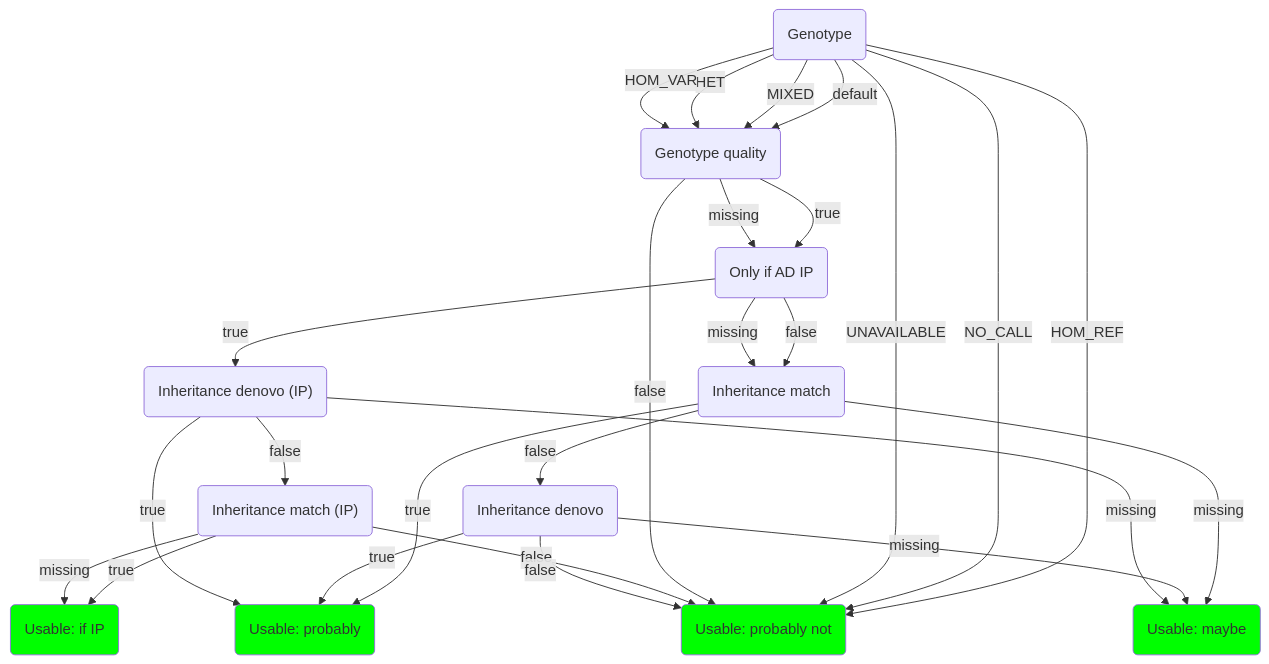
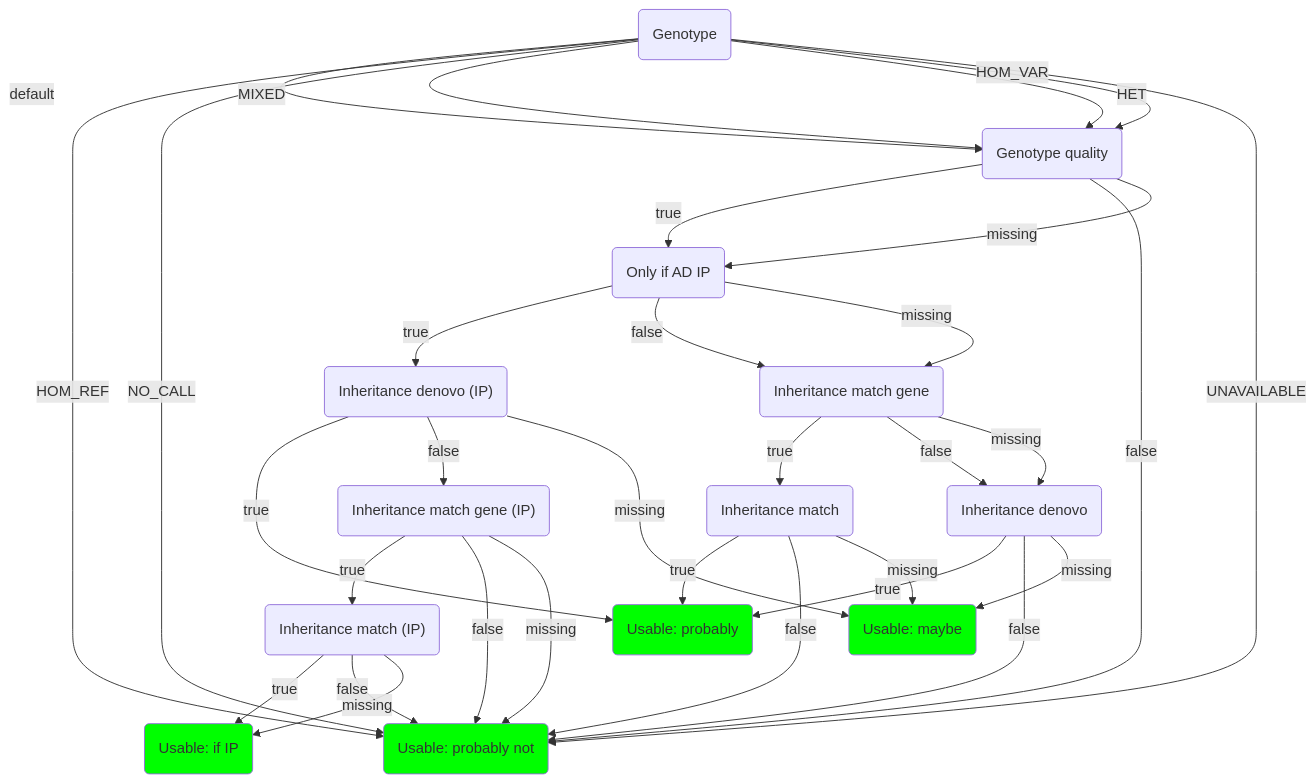
Before and after one commit to molgenis/vip: the second of 2 diagrams in docs/advanced/classification_trees.md, drawn with Mermaid. The commit also changed 2 other files, not shown here.

Commit message:
Fix inheritance match filtering (#726)
* Fix inheritance match filtering

* Multiple sample tree fixes

````diff
--- a/docs/advanced/classification_trees.md
+++ b/docs/advanced/classification_trees.md
@@ -117,43 +117,51 @@
 ```mermaid
 flowchart TD
 gt_("Genotype")
 gq_("Genotype quality")
 only_IP_("Only if AD IP")
+vig_("Inheritance match gene")
 vim_("Inheritance match")
+vig_IP_("Inheritance match gene (IP)")
 vim_IP_("Inheritance match (IP)")
 vid_("Inheritance denovo")
 vid_IP_("Inheritance denovo (IP)")
 exit_u1_("Usable: probably")
 style exit_u1_ fill:#00ff00
 exit_u2_("Usable: maybe")
 style exit_u2_ fill:#00ff00
 exit_u3_("Usable: probably not")
 style exit_u3_ fill:#00ff00
 exit_u4_("Usable: if IP")
 style exit_u4_ fill:#00ff00
 gt_ -->|"default"| gq_
 gt_ -->|"HOM_REF"| exit_u3_
 gt_ -->|"NO_CALL"| exit_u3_
 gt_ -->|"MIXED"| gq_
 gt_ -->|"HET"| gq_
 gt_ -->|"HOM_VAR"| gq_
 gt_ -->|"UNAVAILABLE"| exit_u3_
 gq_ -->|"true"| only_IP_
 gq_ -->|"false"| exit_u3_
 gq_ -->|"missing"| only_IP_
 only_IP_ -->|"true"| vid_IP_
-only_IP_ -->|"false"| vim_
-only_IP_ -->|"missing"| vim_
+only_IP_ -->|"false"| vig_
+only_IP_ -->|"missing"| vig_
+vig_ -->|"true"| vim_
+vig_ -->|"false"| vid_
+vig_ -->|"missing"| vid_
 vim_ -->|"true"| exit_u1_
-vim_ -->|"false"| vid_
+vim_ -->|"false"| exit_u3_
 vim_ -->|"missing"| exit_u2_
+vig_IP_ -->|"true"| vim_IP_
+vig_IP_ -->|"false"| exit_u3_
+vig_IP_ -->|"missing"| exit_u3_
 vim_IP_ -->|"true"| exit_u4_
 vim_IP_ -->|"false"| exit_u3_
 vim_IP_ -->|"missing"| exit_u4_
 vid_ -->|"true"| exit_u1_
 vid_ -->|"false"| exit_u3_
 vid_ -->|"missing"| exit_u2_
 vid_IP_ -->|"true"| exit_u1_
-vid_IP_ -->|"false"| vim_IP_
+vid_IP_ -->|"false"| vig_IP_
 vid_IP_ -->|"missing"| exit_u2_
 ```
````
